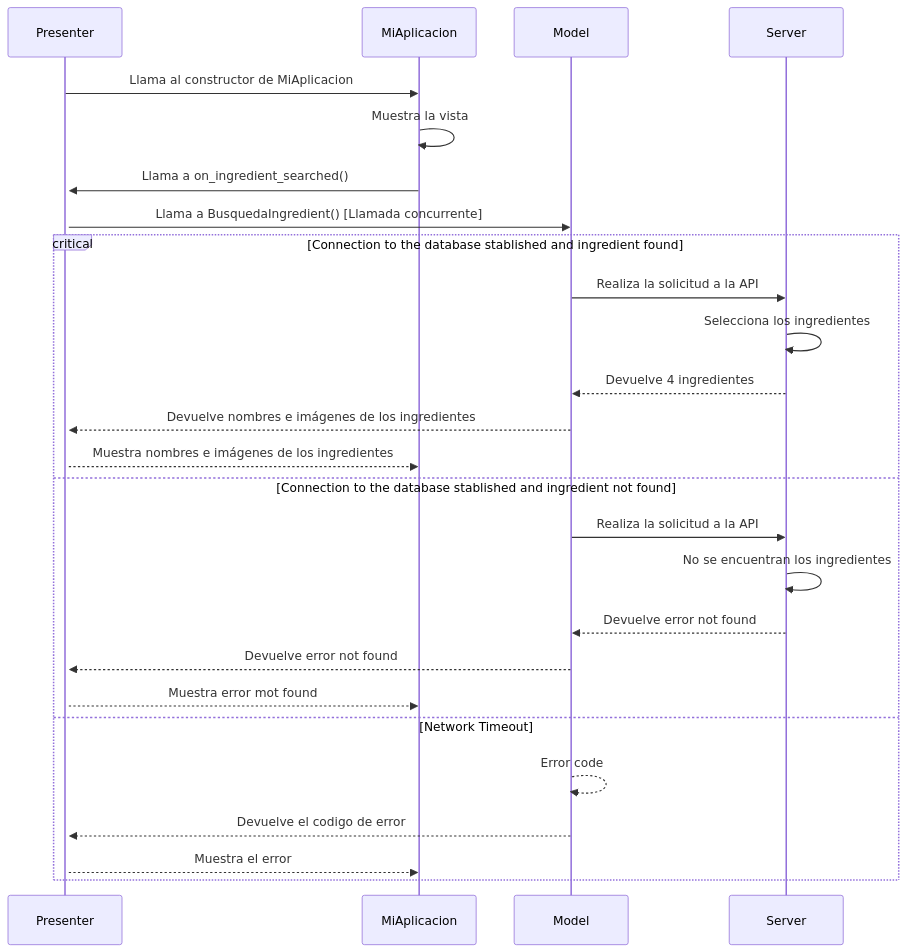
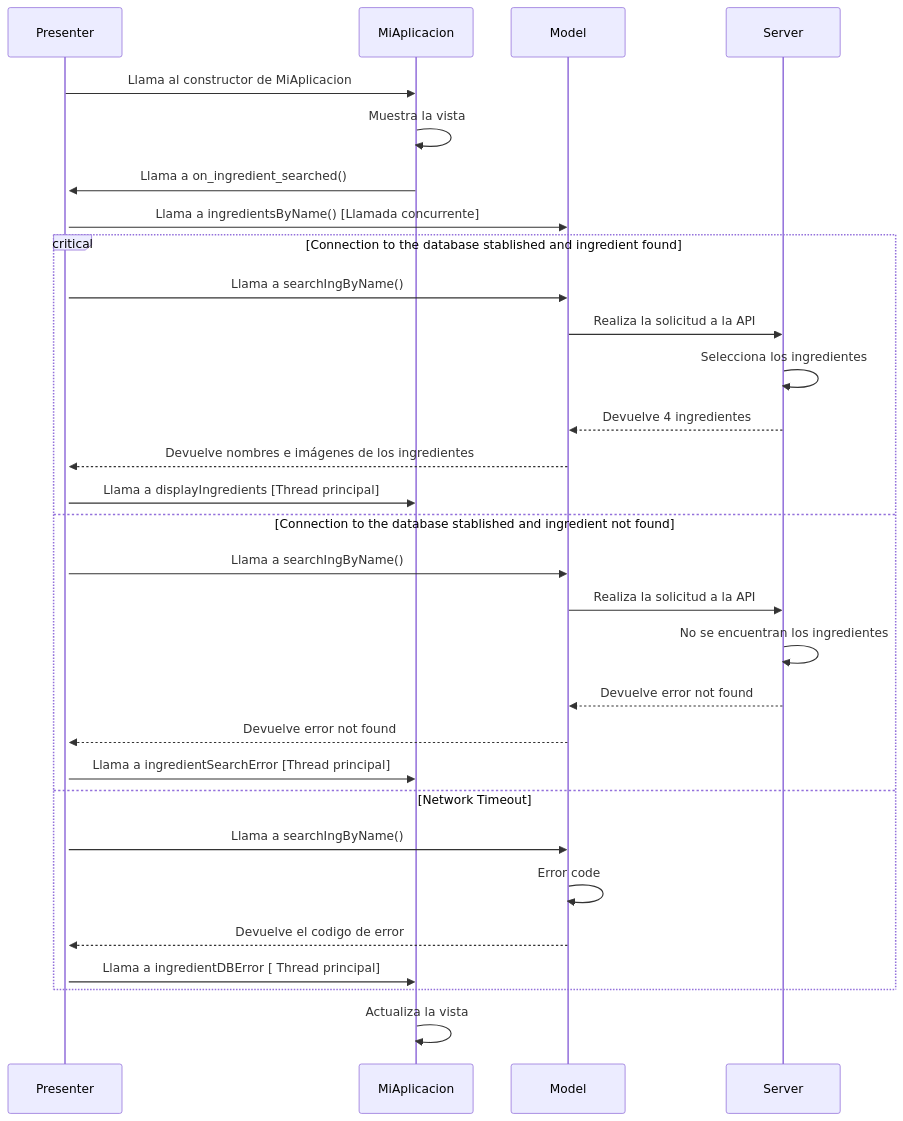
Before and after one commit to braisf03/IPM: the sixth of 7 diagrams in Desktop/diseño_sw.md, drawn with Mermaid. The commit also changed other lines of this file, not shown here.

Commit message:
✅✅✅✅✅✅✅ como dicen los jóvenes

````diff
--- a/Desktop/diseño_sw.md
+++ b/Desktop/diseño_sw.md
@@ -245,34 +245,38 @@
 ```mermaid
 sequenceDiagram
 #--------------Definiciones de actores--------------#
     participant Presenter as Presenter
     participant MiAplicacion as MiAplicacion
     participant Model as Model
     participant Server as Server
 
 #--------------Inicio de la aplicación--------------#
     Presenter->>MiAplicacion: Llama al constructor de MiAplicacion
     activate Presenter
     MiAplicacion->>MiAplicacion: Muestra la vista
     MiAplicacion->>Presenter: Llama a on_ingredient_searched() 
-    Presenter->>Model: Llama a BusquedaIngredient() [Llamada concurrente]
+    Presenter->>Model: Llama a ingredientsByName() [Llamada concurrente]
 
 #-------------Accesos a la base de datos------------#        
     critical Connection to the database stablished and ingredient found
+        Presenter ->> Model: Llama a searchIngByName()
         Model->>Server: Realiza la solicitud a la API
         Server->>Server: Selecciona los ingredientes
         Server-->>Model: Devuelve 4 ingredientes
         Model-->>Presenter: Devuelve nombres e imágenes de los ingredientes
-        Presenter-->>MiAplicacion: Muestra nombres e imágenes de los ingredientes
+        Presenter->>MiAplicacion: Llama a displayIngredients [Thread principal]
     option Connection to the database stablished and ingredient not found
+        Presenter ->> Model: Llama a searchIngByName()
         Model->>Server: Realiza la solicitud a la API
         Server->>Server: No se encuentran los ingredientes
         Server-->>Model: Devuelve error not found
         Model-->>Presenter: Devuelve error not found
-        Presenter-->>MiAplicacion: Muestra error mot found
+        Presenter->>MiAplicacion: Llama a ingredientSearchError [Thread principal]
     option Network Timeout   
-        Model-->>Model: Error code
+        Presenter ->> Model: Llama a searchIngByName()
+        Model->>Model: Error code
         Model-->>Presenter: Devuelve el codigo de error
-        Presenter-->>MiAplicacion: Muestra el error
+        Presenter->>MiAplicacion: Llama a ingredientDBError [ Thread principal]
     end
+    MiAplicacion->>MiAplicacion: Actualiza la vista
 ```
````
